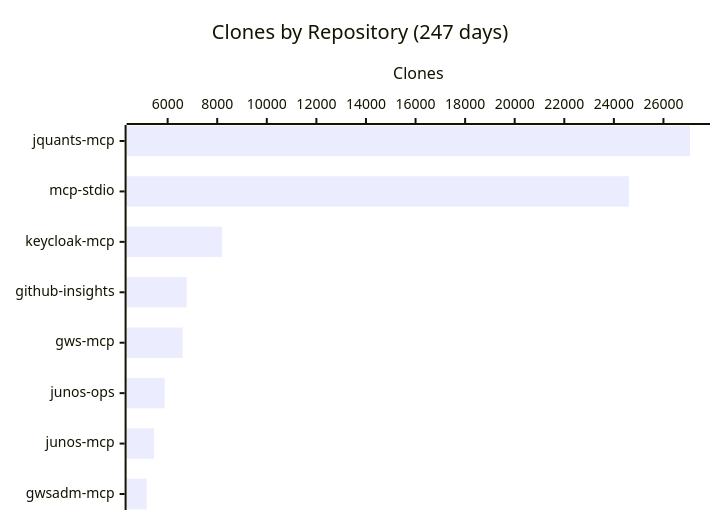
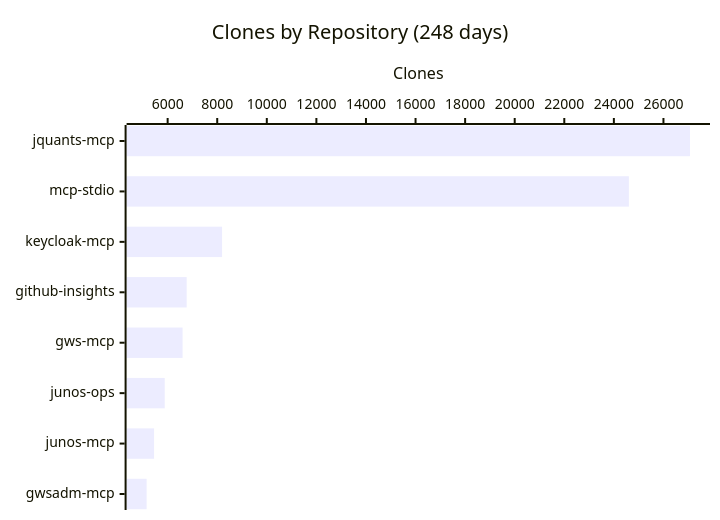
One commit to shigechika/github-insights changed the fourth of 4 diagrams in README.md. Above: the diagram before and after it, drawn with Mermaid. The commit also changed other lines of this file and 1 other file, not shown here.

````diff
--- a/README.md
+++ b/README.md
@@ -58,7 +58,7 @@
 ```mermaid
 xychart-beta horizontal
-    title "Clones by Repository (247 days)"
+    title "Clones by Repository (248 days)"
     x-axis ["jquants-mcp", "mcp-stdio", "keycloak-mcp", "github-insights", "gws-mcp", "junos-ops", "junos-mcp", "gwsadm-mcp"]
     y-axis "Clones"
     bar [27070, 24606, 8195, 6767, 6602, 5883, 5453, 5152]
 ```
````
